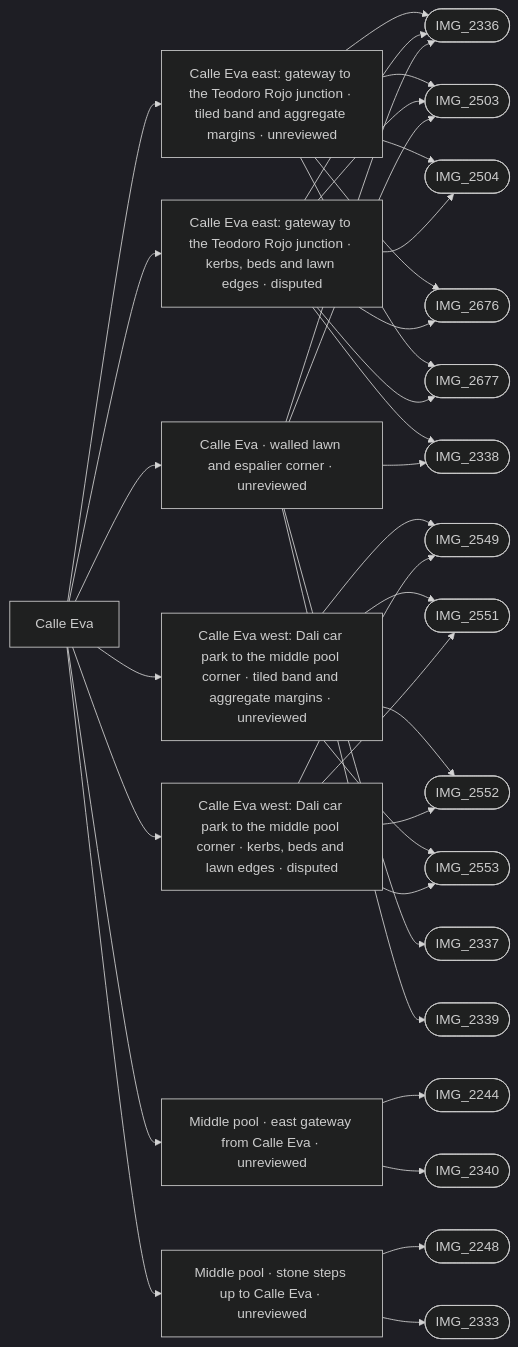
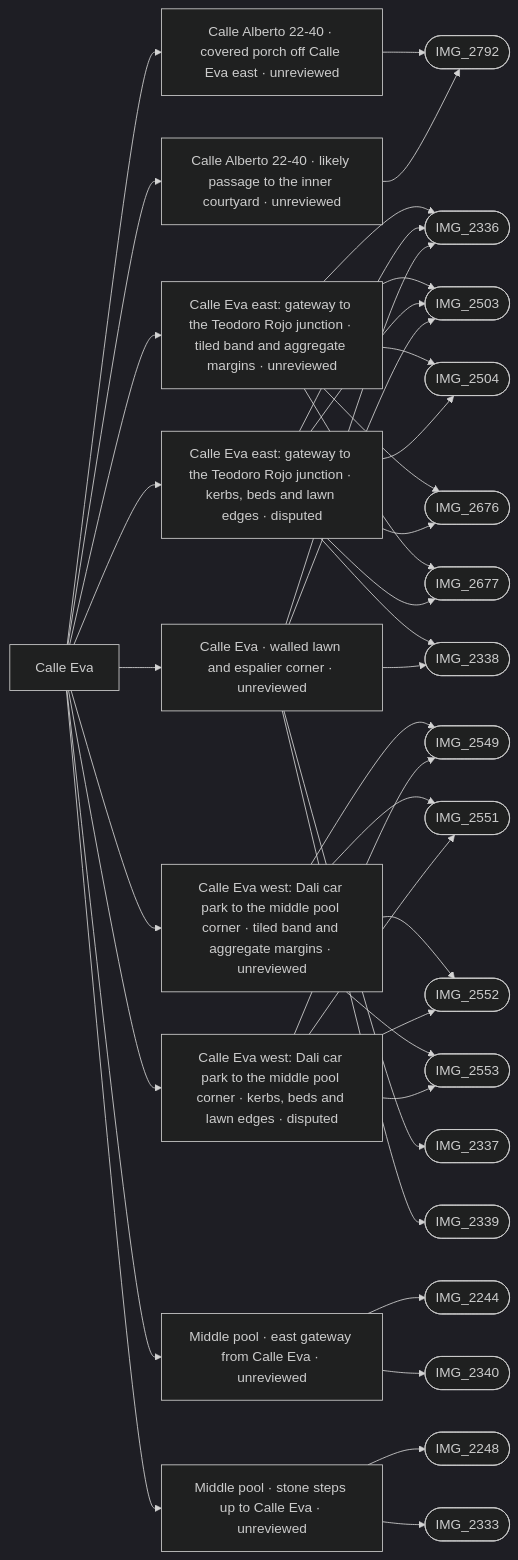
One commit to daveyboyc/villacana-venture changed the diagram in refs/areas/eva.md. Above: the diagram before and after it, drawn with Mermaid (dark theme). The commit also changed other lines of this file and 43 other files, not shown here.

First line of the commit message:
Calle Alberto 22-40: the covered porch off Calle Eva east (IMG_2792)

````diff
--- a/refs/areas/eva.md
+++ b/refs/areas/eva.md
@@ -47,39 +49,43 @@
 ```mermaid
 graph LR
   A["Calle Eva"]
-  A --> F0["Calle Eva east: gateway to the Teodoro Rojo junction · tiled band and aggregate margins · unreviewed"]
-  F0 --> PIMG_2336_jpg(["IMG_2336"])
-  F0 --> PIMG_2503_jpg(["IMG_2503"])
-  F0 --> PIMG_2504_jpg(["IMG_2504"])
-  F0 --> PIMG_2676_jpg(["IMG_2676"])
-  F0 --> PIMG_2677_jpg(["IMG_2677"])
-  A --> F1["Calle Eva east: gateway to the Teodoro Rojo junction · kerbs, beds and lawn edges · disputed"]
-  F1 --> PIMG_2336_jpg(["IMG_2336"])
-  F1 --> PIMG_2338_jpg(["IMG_2338"])
-  F1 --> PIMG_2503_jpg(["IMG_2503"])
-  F1 --> PIMG_2504_jpg(["IMG_2504"])
-  F1 --> PIMG_2676_jpg(["IMG_2676"])
-  F1 --> PIMG_2677_jpg(["IMG_2677"])
-  A --> F2["Calle Eva west: Dali car park to the middle pool corner · tiled band and aggregate margins · unreviewed"]
-  F2 --> PIMG_2549_jpg(["IMG_2549"])
-  F2 --> PIMG_2551_jpg(["IMG_2551"])
-  F2 --> PIMG_2552_jpg(["IMG_2552"])
-  F2 --> PIMG_2553_jpg(["IMG_2553"])
-  A --> F3["Calle Eva west: Dali car park to the middle pool corner · kerbs, beds and lawn edges · disputed"]
-  F3 --> PIMG_2549_jpg(["IMG_2549"])
-  F3 --> PIMG_2551_jpg(["IMG_2551"])
-  F3 --> PIMG_2552_jpg(["IMG_2552"])
-  F3 --> PIMG_2553_jpg(["IMG_2553"])
-  A --> F4["Calle Eva · walled lawn and espalier corner · unreviewed"]
-  F4 --> PIMG_2336_jpg(["IMG_2336"])
-  F4 --> PIMG_2337_jpg(["IMG_2337"])
-  F4 --> PIMG_2338_jpg(["IMG_2338"])
-  F4 --> PIMG_2339_jpg(["IMG_2339"])
-  F4 --> PIMG_2503_jpg(["IMG_2503"])
-  A --> F5["Middle pool · east gateway from Calle Eva · unreviewed"]
-  F5 --> PIMG_2244_jpg(["IMG_2244"])
-  F5 --> PIMG_2340_jpg(["IMG_2340"])
-  A --> F6["Middle pool · stone steps up to Calle Eva · unreviewed"]
-  F6 --> PIMG_2248_jpg(["IMG_2248"])
-  F6 --> PIMG_2333_jpg(["IMG_2333"])
+  A --> F0["Calle Alberto 22-40 · covered porch off Calle Eva east · unreviewed"]
+  F0 --> PIMG_2792_jpg(["IMG_2792"])
+  A --> F1["Calle Alberto 22-40 · likely passage to the inner courtyard · unreviewed"]
+  F1 --> PIMG_2792_jpg(["IMG_2792"])
+  A --> F2["Calle Eva east: gateway to the Teodoro Rojo junction · tiled band and aggregate margins · unreviewed"]
+  F2 --> PIMG_2336_jpg(["IMG_2336"])
+  F2 --> PIMG_2503_jpg(["IMG_2503"])
+  F2 --> PIMG_2504_jpg(["IMG_2504"])
+  F2 --> PIMG_2676_jpg(["IMG_2676"])
+  F2 --> PIMG_2677_jpg(["IMG_2677"])
+  A --> F3["Calle Eva east: gateway to the Teodoro Rojo junction · kerbs, beds and lawn edges · disputed"]
+  F3 --> PIMG_2336_jpg(["IMG_2336"])
+  F3 --> PIMG_2338_jpg(["IMG_2338"])
+  F3 --> PIMG_2503_jpg(["IMG_2503"])
+  F3 --> PIMG_2504_jpg(["IMG_2504"])
+  F3 --> PIMG_2676_jpg(["IMG_2676"])
+  F3 --> PIMG_2677_jpg(["IMG_2677"])
+  A --> F4["Calle Eva west: Dali car park to the middle pool corner · tiled band and aggregate margins · unreviewed"]
+  F4 --> PIMG_2549_jpg(["IMG_2549"])
+  F4 --> PIMG_2551_jpg(["IMG_2551"])
+  F4 --> PIMG_2552_jpg(["IMG_2552"])
+  F4 --> PIMG_2553_jpg(["IMG_2553"])
+  A --> F5["Calle Eva west: Dali car park to the middle pool corner · kerbs, beds and lawn edges · disputed"]
+  F5 --> PIMG_2549_jpg(["IMG_2549"])
+  F5 --> PIMG_2551_jpg(["IMG_2551"])
+  F5 --> PIMG_2552_jpg(["IMG_2552"])
+  F5 --> PIMG_2553_jpg(["IMG_2553"])
+  A --> F6["Calle Eva · walled lawn and espalier corner · unreviewed"]
+  F6 --> PIMG_2336_jpg(["IMG_2336"])
+  F6 --> PIMG_2337_jpg(["IMG_2337"])
+  F6 --> PIMG_2338_jpg(["IMG_2338"])
+  F6 --> PIMG_2339_jpg(["IMG_2339"])
+  F6 --> PIMG_2503_jpg(["IMG_2503"])
+  A --> F7["Middle pool · east gateway from Calle Eva · unreviewed"]
+  F7 --> PIMG_2244_jpg(["IMG_2244"])
+  F7 --> PIMG_2340_jpg(["IMG_2340"])
+  A --> F8["Middle pool · stone steps up to Calle Eva · unreviewed"]
+  F8 --> PIMG_2248_jpg(["IMG_2248"])
+  F8 --> PIMG_2333_jpg(["IMG_2333"])
 ```
````
